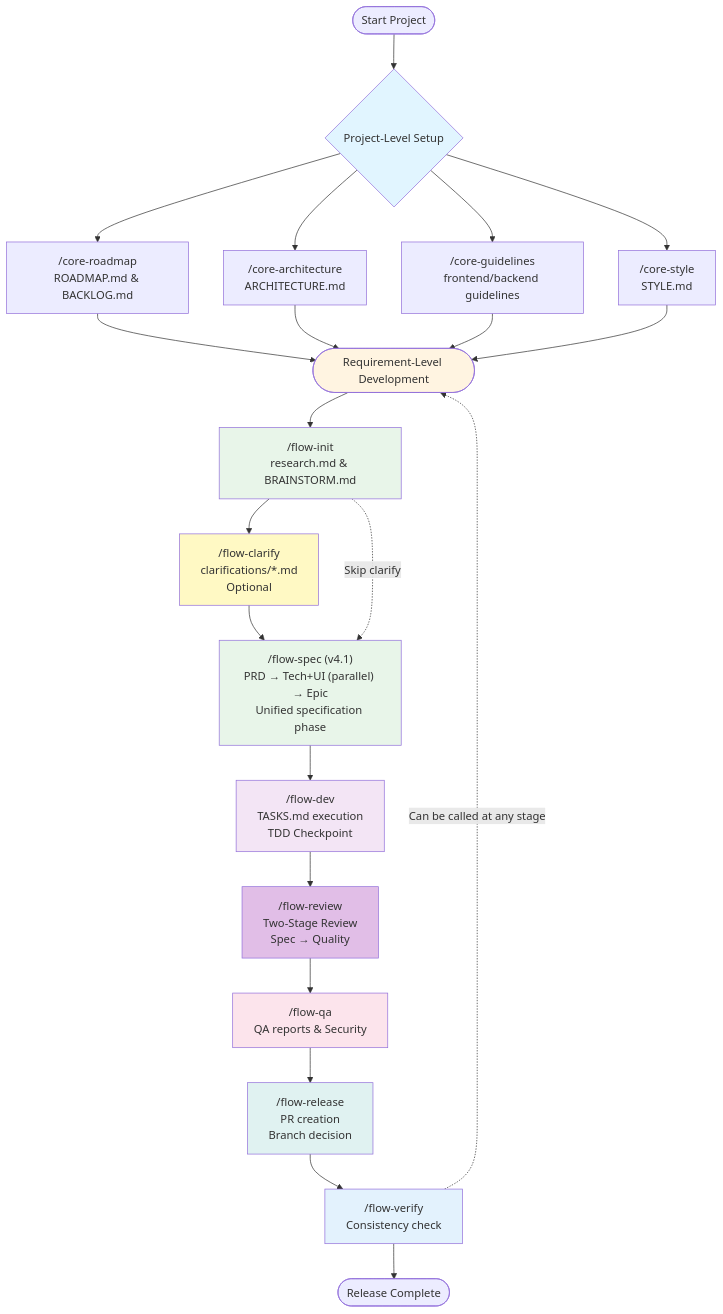
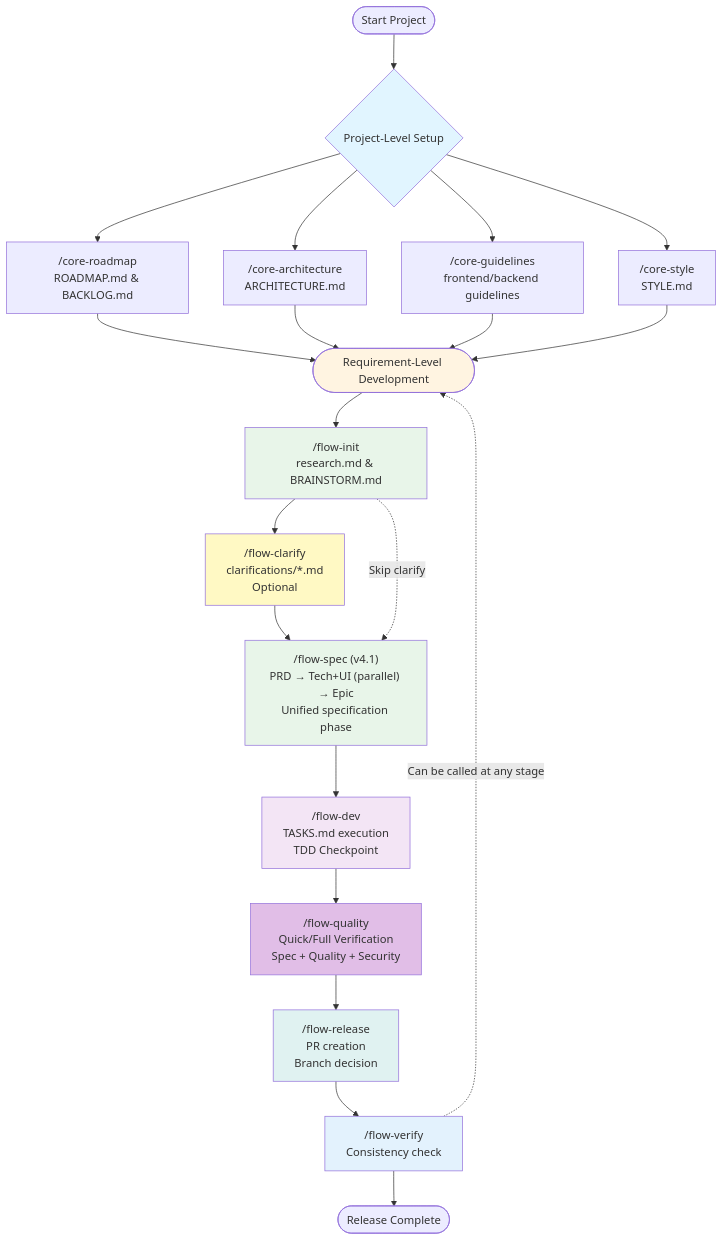
The diagram in README.md (Dimon94/cc-devflow), drawn with Mermaid before and after one commit. The commit also changed other lines of this file and 3 other files, not shown here.

First line of the commit message:
docs(flow): align flow-new docs with v4.1 workflow

````diff
--- a/README.md
+++ b/README.md
@@ -303,45 +302,42 @@
 ```mermaid
 graph TB
     Start([Start Project]) --> ProjectLevel{Project-Level Setup}
 
     ProjectLevel --> CoreRoadmap["/core-roadmap<br/>ROADMAP.md & BACKLOG.md"]
     ProjectLevel --> CoreArch["/core-architecture<br/>ARCHITECTURE.md"]
     ProjectLevel --> CoreGuidelines["/core-guidelines<br/>frontend/backend guidelines"]
     ProjectLevel --> CoreStyle["/core-style<br/>STYLE.md"]
 
     CoreRoadmap --> ReqLevel
     CoreArch --> ReqLevel
     CoreGuidelines --> ReqLevel
     CoreStyle --> ReqLevel
 
     ReqLevel([Requirement-Level Development]) --> FlowInit["/flow-init<br/>research.md & BRAINSTORM.md"]
 
     FlowInit --> FlowClarify["/flow-clarify<br/>clarifications/*.md<br/>Optional"]
     FlowClarify --> FlowSpec["/flow-spec (v4.1)<br/>PRD → Tech+UI (parallel) → Epic<br/>Unified specification phase"]
     FlowInit -.->|Skip clarify| FlowSpec
 
     FlowSpec --> FlowDev["/flow-dev<br/>TASKS.md execution<br/>TDD Checkpoint"]
 
-    FlowDev --> FlowReview["/flow-review<br/>Two-Stage Review<br/>Spec → Quality"]
+    FlowDev --> FlowQuality["/flow-quality<br/>Quick/Full Verification<br/>Spec + Quality + Security"]
 
-    FlowReview --> FlowQA["/flow-qa<br/>QA reports & Security"]
-
-    FlowQA --> FlowRelease["/flow-release<br/>PR creation<br/>Branch decision"]
+    FlowQuality --> FlowRelease["/flow-release<br/>PR creation<br/>Branch decision"]
 
     FlowRelease --> FlowVerify["/flow-verify<br/>Consistency check"]
 
     FlowVerify --> End([Release Complete])
 
     FlowVerify -.->|Can be called at any stage| ReqLevel
 
     style ProjectLevel fill:#e1f5ff
     style ReqLevel fill:#fff4e1
     style FlowInit fill:#e8f5e9
     style FlowClarify fill:#fff9c4
     style FlowSpec fill:#e8f5e9
     style FlowDev fill:#f3e5f5
-    style FlowReview fill:#e1bee7
-    style FlowQA fill:#fce4ec
+    style FlowQuality fill:#e1bee7
     style FlowRelease fill:#e0f2f1
     style FlowVerify fill:#e3f2fd
 ```
````
